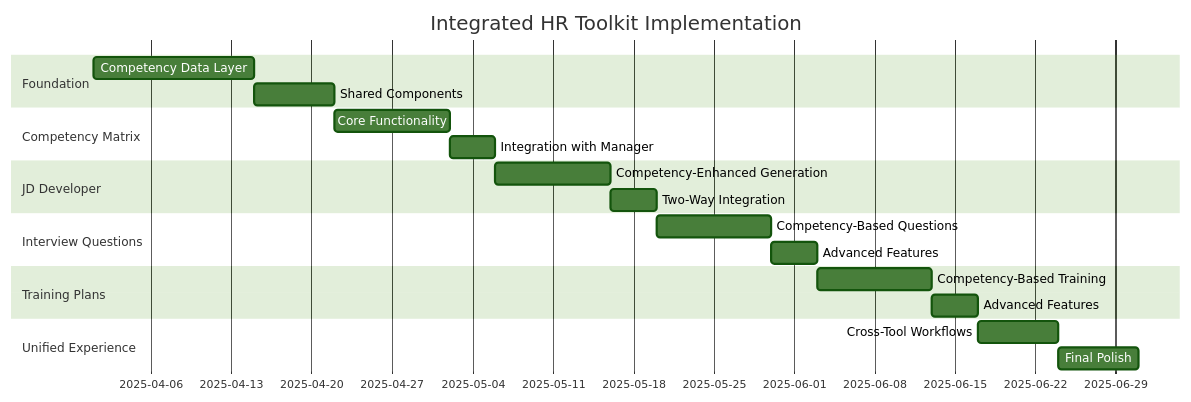
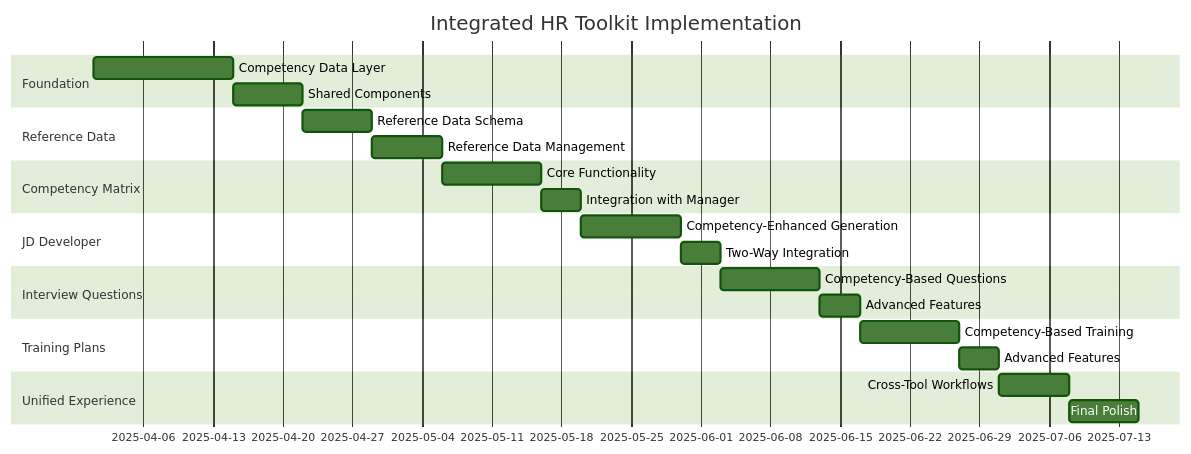
One commit to pgtipping/Synthalyst changed the diagram in guides/integrated-hr-toolkit.md. Above: the diagram before and after it, drawn with Mermaid (forest theme). The commit also changed other lines of this file and 3 other files, not shown here.

Commit message:
Add organizational reference data schema to HR toolkit implementation plan

````diff
--- a/guides/integrated-hr-toolkit.md
+++ b/guides/integrated-hr-toolkit.md
@@ -281,23 +424,26 @@
 ```mermaid
 gantt
     title Integrated HR Toolkit Implementation
     dateFormat  YYYY-MM-DD
     section Foundation
     Competency Data Layer           :a1, 2025-04-01, 14d
     Shared Components               :a2, after a1, 7d
+    section Reference Data
+    Reference Data Schema           :r1, after a2, 7d
+    Reference Data Management       :r2, after r1, 7d
     section Competency Matrix
-    Core Functionality              :b1, after a2, 10d
+    Core Functionality              :b1, after r2, 10d
     Integration with Manager        :b2, after b1, 4d
     section JD Developer
     Competency-Enhanced Generation  :c1, after b2, 10d
     Two-Way Integration             :c2, after c1, 4d
     section Interview Questions
     Competency-Based Questions      :d1, after c2, 10d
     Advanced Features               :d2, after d1, 4d
     section Training Plans
     Competency-Based Training       :e1, after d2, 10d
     Advanced Features               :e2, after e1, 4d
     section Unified Experience
     Cross-Tool Workflows            :f1, after e2, 7d
     Final Polish                    :f2, after f1, 7d
 ```
````
